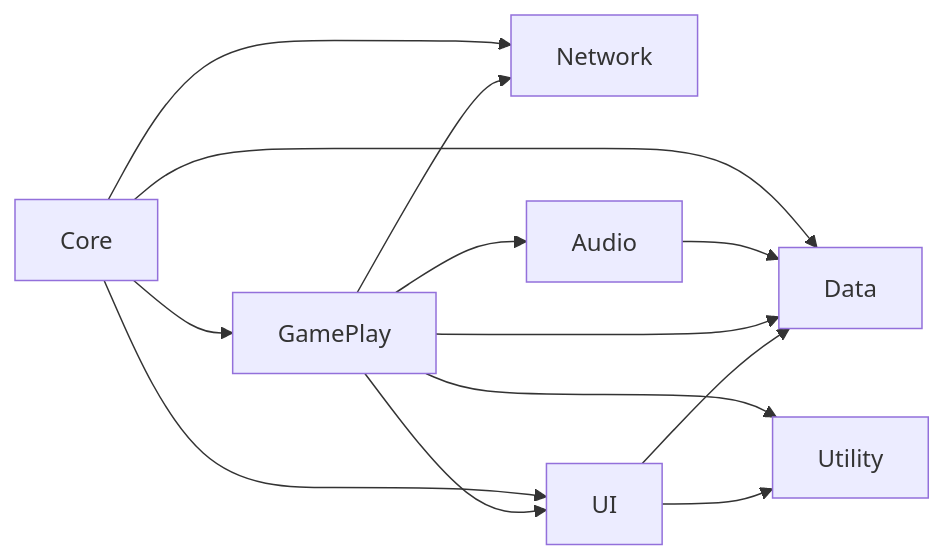
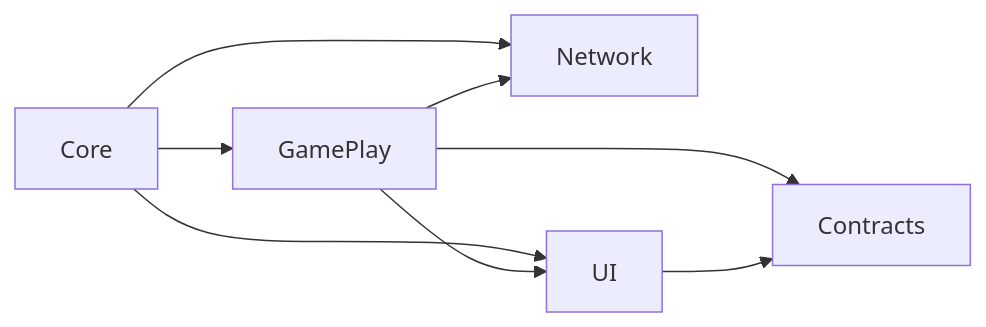
Before and after one commit to HyunWoo-Jo/ProjectHS: the second of 4 diagrams in _Doc/System.md, drawn with Mermaid. The commit also changed other lines of this file, not shown here.

````diff
--- a/_Doc/System.md
+++ b/_Doc/System.md
@@ -65,26 +65,19 @@
 ```mermaid
 graph LR
     Core;
-    Data;
     GamePlay;
     Network;
     UI;
-    Audio;
-    Utility;
+    Contracts;
 
-UI --> Data
-UI --> Utility
+UI --> Contracts
 
 GamePlay --> UI
-GamePlay --> Data
-GamePlay --> Audio
+GamePlay --> Contracts
 GamePlay --> Network
-GamePlay --> Utility
-
-Audio --> Data;
 
 Core --> GamePlay
 Core --> UI
 Core --> Network
-Core --> Data
+
 ```
````
